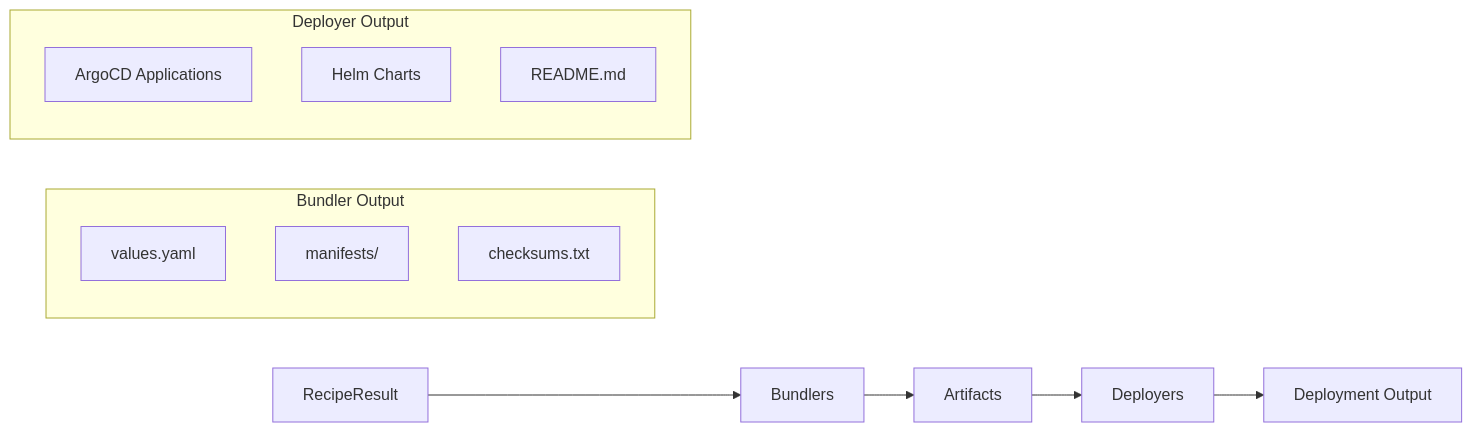
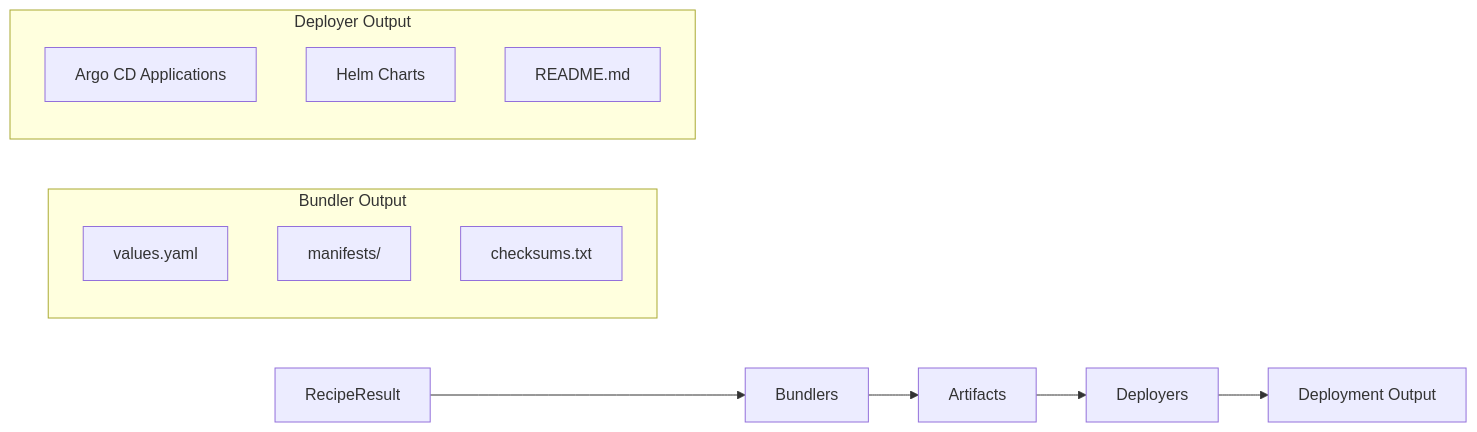
Before and after one commit to NVIDIA/aicr: the diagram in docs/contributor/component.md, drawn with Mermaid. The commit also changed other lines of this file and 35 other files, not shown here.

````diff
--- a/docs/contributor/component.md
+++ b/docs/contributor/component.md
@@ -379,19 +379,19 @@
 ```mermaid
 flowchart LR
     R[RecipeResult] --> B[Bundlers]
     B --> A[Artifacts]
     A --> D[Deployers]
     D --> O[Deployment Output]
 
     subgraph "Bundler Output"
         A1[values.yaml]
         A2[manifests/]
         A3[checksums.txt]
     end
 
     subgraph "Deployer Output"
-        O1[ArgoCD Applications]
+        O1[Argo CD Applications]
         O2[Helm Charts]
         O3[README.md]
     end
 ```
````
